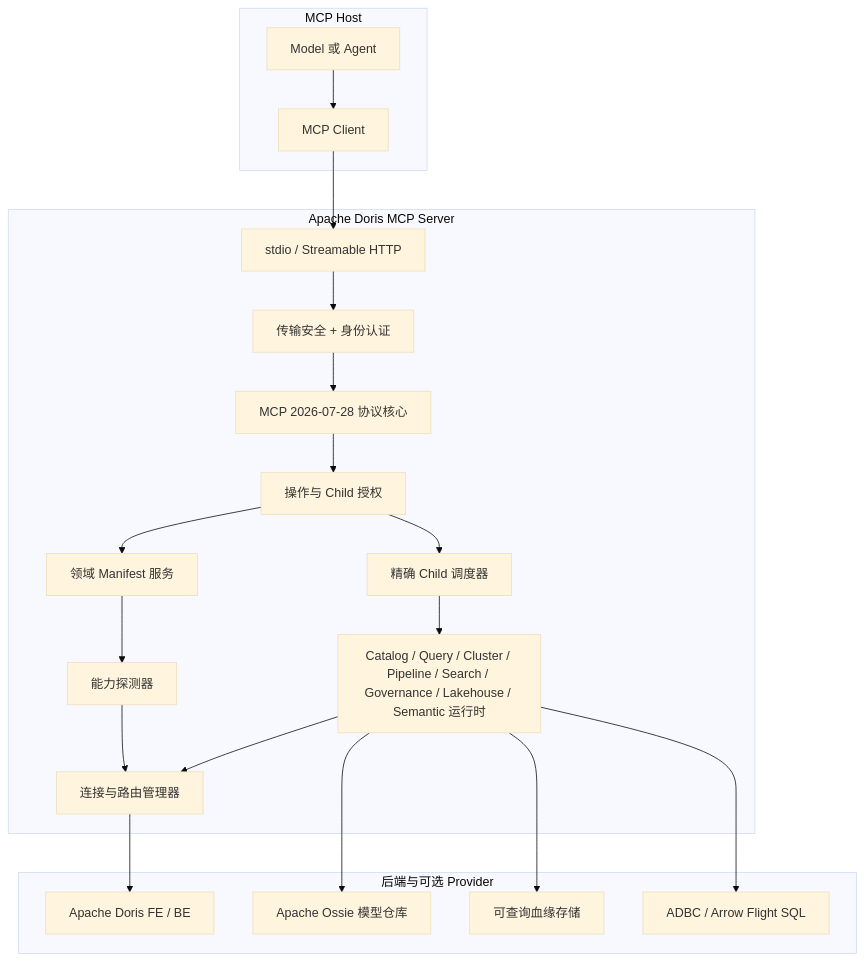
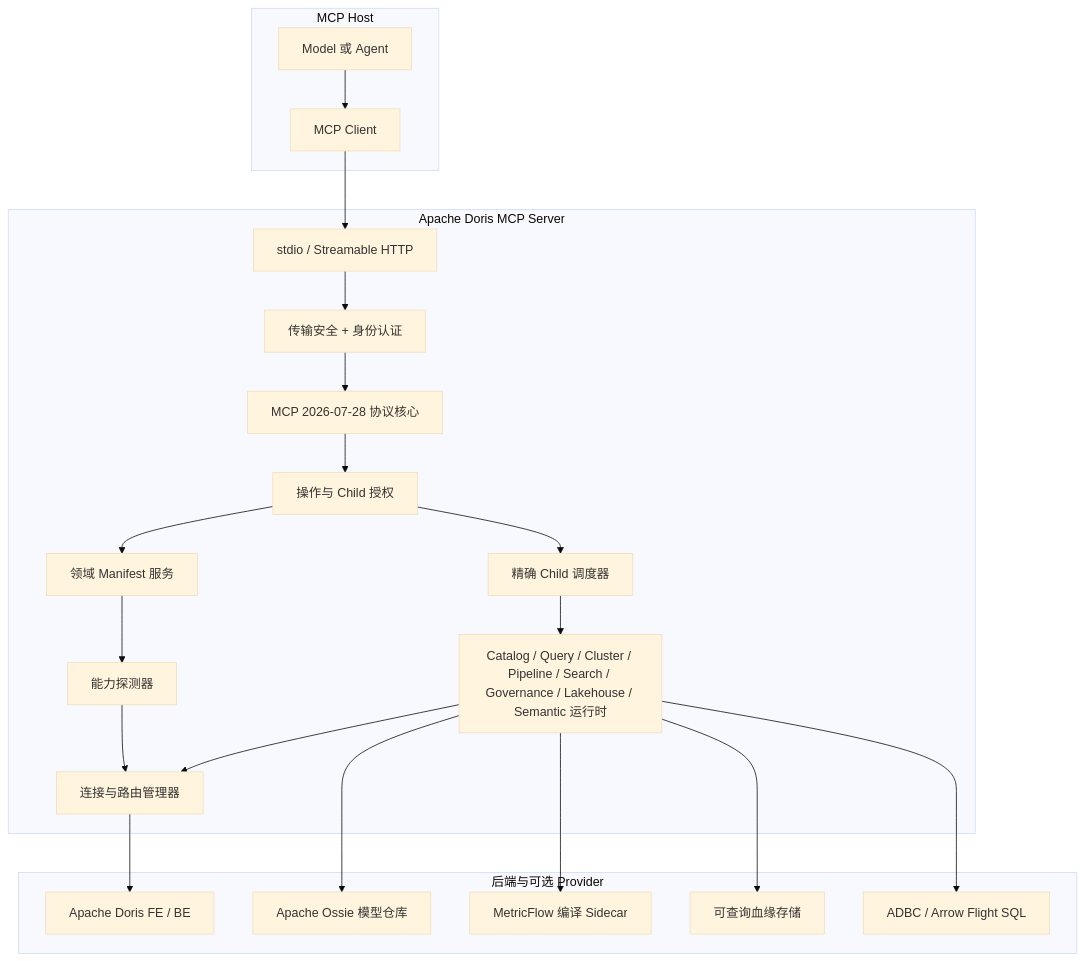
One commit to apache/doris-mcp-server changed the diagram in docs/architecture/overview.zh-CN.md. Above: the diagram before and after it, drawn with Mermaid (base theme). The commit also changed other lines of this file and 65 other files, not shown here.

Commit message:
Add MetricFlow consumers and Doris 2.x capability gating (#191)

````diff
--- a/docs/architecture/overview.zh-CN.md
+++ b/docs/architecture/overview.zh-CN.md
@@ -40,39 +40,41 @@
 ```mermaid
 flowchart TB
     subgraph Host["MCP Host"]
       Agent["Model 或 Agent"]
       Client["MCP Client"]
       Agent --> Client
     end
 
     subgraph Server["Apache Doris MCP Server"]
       Transport["stdio / Streamable HTTP"]
       Auth["传输安全 + 身份认证"]
       Protocol["MCP 2026-07-28 协议核心"]
       Policy["操作与 Child 授权"]
       Manifest["领域 Manifest 服务"]
       Detector["能力探测器"]
       Dispatcher["精确 Child 调度器"]
       Runtime["Catalog / Query / Cluster / Pipeline / Search / Governance / Lakehouse / Semantic 运行时"]
       Routes["连接与路由管理器"]
       Transport --> Auth --> Protocol --> Policy
       Policy --> Manifest
       Manifest --> Detector
       Policy --> Dispatcher
       Dispatcher --> Runtime --> Routes
       Detector --> Routes
     end
 
     subgraph Backends["后端与可选 Provider"]
       Doris["Apache Doris FE / BE"]
       Ossie["Apache Ossie 模型仓库"]
+      MetricFlow["MetricFlow 编译 Sidecar"]
       Lineage["可查询血缘存储"]
       Flight["ADBC / Arrow Flight SQL"]
     end
 
     Client --> Transport
     Routes --> Doris
     Runtime --> Ossie
+    Runtime --> MetricFlow
     Runtime --> Lineage
     Runtime --> Flight
 ```
````
